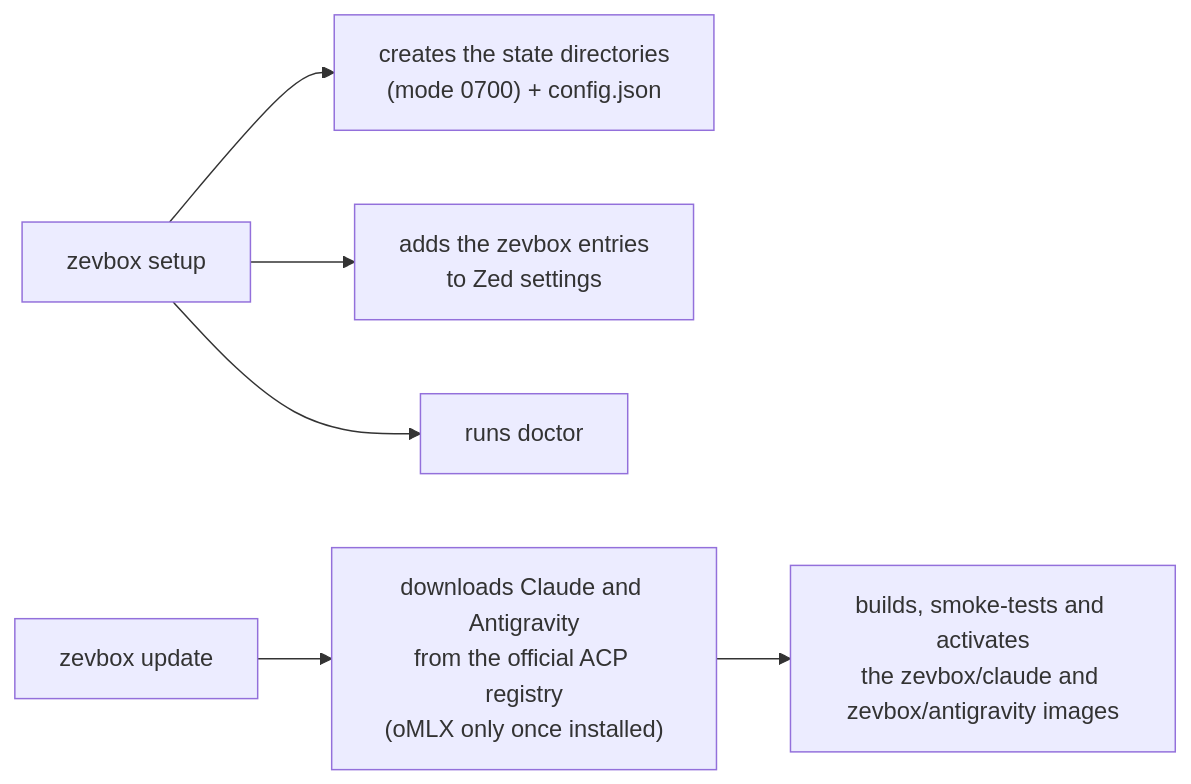
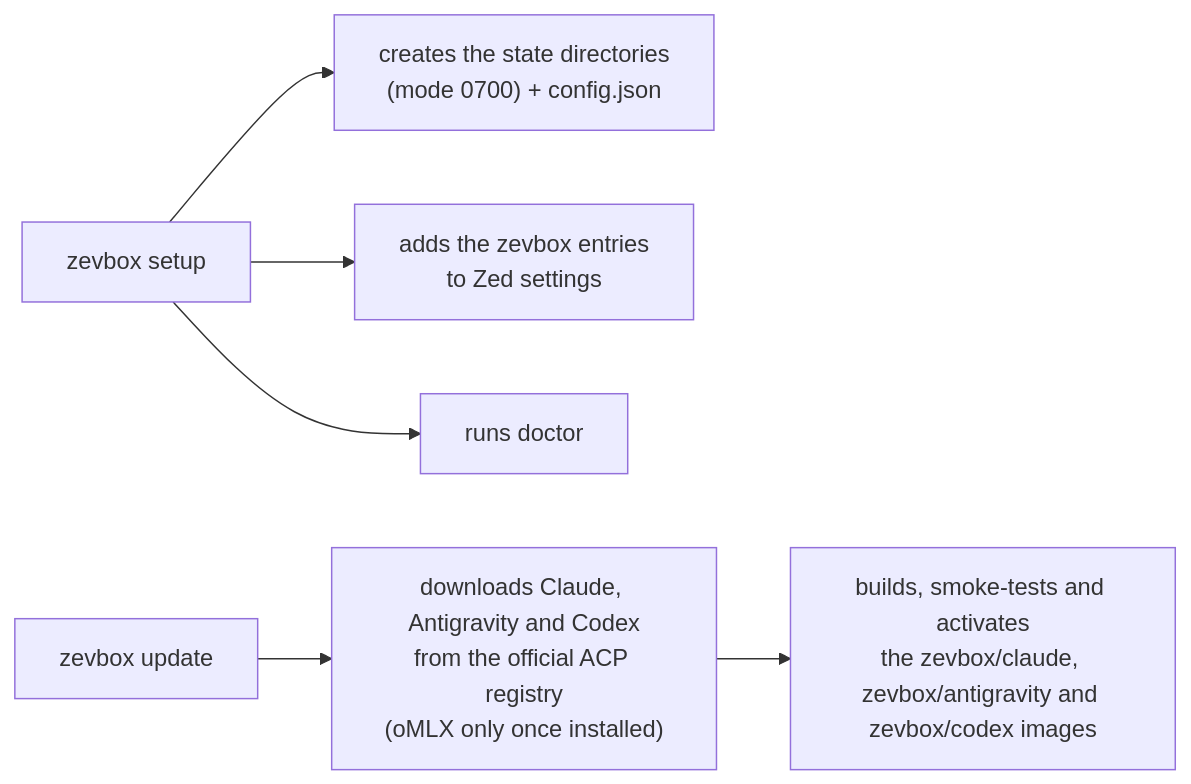
One commit to brainztorm/zevbox changed the second of 3 diagrams in docs/USER_GUIDE.md. Above: the diagram before and after it, drawn with Mermaid. The commit also changed other lines of this file and 28 other files, not shown here.

````diff
--- a/docs/USER_GUIDE.md
+++ b/docs/USER_GUIDE.md
@@ -91,8 +91,8 @@
 ```mermaid
 flowchart LR
     SetupCmd["zevbox setup"] --> DirInit["creates the state directories\n(mode 0700) + config.json"]
     SetupCmd --> ZedSet["adds the zevbox entries\nto Zed settings"]
     SetupCmd --> Doc["runs doctor"]
-    UpdateCmd["zevbox update"] --> Build["downloads Claude and Antigravity\nfrom the official ACP registry\n(oMLX only once installed)"]
-    Build --> Img["builds, smoke-tests and activates\nthe zevbox/claude and zevbox/antigravity images"]
+    UpdateCmd["zevbox update"] --> Build["downloads Claude, Antigravity and Codex\nfrom the official ACP registry\n(oMLX only once installed)"]
+    Build --> Img["builds, smoke-tests and activates\nthe zevbox/claude, zevbox/antigravity and zevbox/codex images"]
 ```
````
